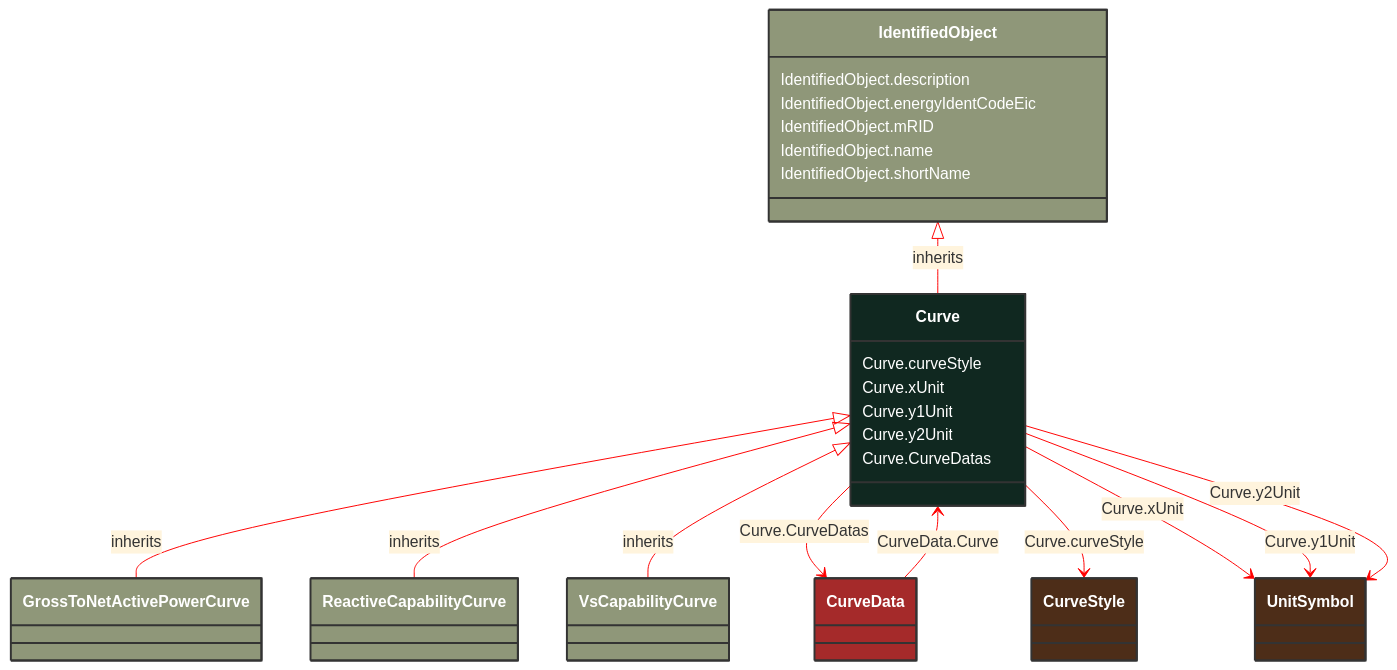
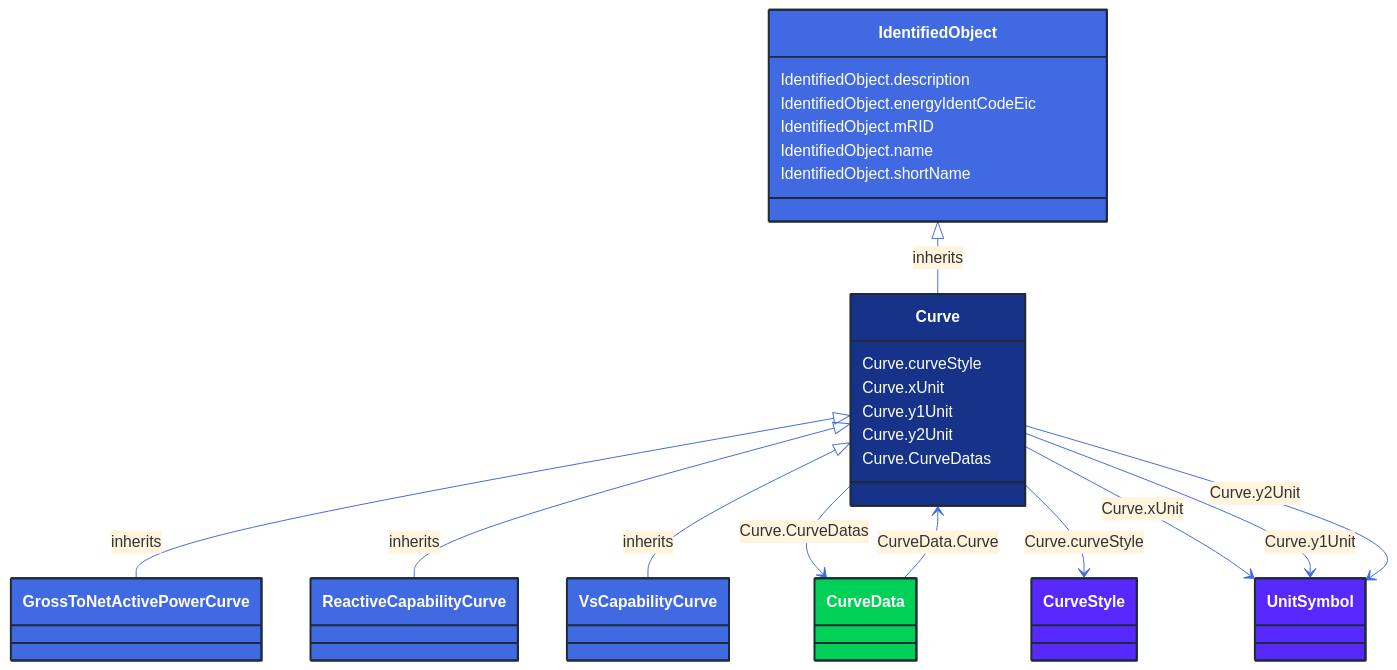
The diagram in docs/Models/Profiles/CoreEquipment/AbstractClasses/Curve.md (3lbits/NoCIMExtensions), drawn with Mermaid before and after one commit. The commit also changed 362 other files, not shown here.

First line of the commit message:
Update diagrams and styles for improved visual consistency

````diff
--- a/docs/Models/Profiles/CoreEquipment/AbstractClasses/Curve.md
+++ b/docs/Models/Profiles/CoreEquipment/AbstractClasses/Curve.md
@@ -10,73 +10,73 @@
 ```mermaid
-%%{init: {'theme':'base','themeVariables': {'lineColor': '#FF0000'}}}%%
+%%{init: {'theme':'base','themeVariables': {'lineColor': '#4169E1'}}}%%
 classDiagram
     class Curve
     click Curve href "/Models/Profiles/CoreEquipment/AbstractClasses/Curve/"
-    style Curve fill:#102820,stroke:#333,stroke-width:2px,rx:10,ry:10,color:white
+    style Curve fill:#163289,stroke:#1F2A37,stroke-width:2px,rx:10,ry:10,color:white
 
         Curve <|-- GrossToNetActivePowerCurve : inherits
 
         GrossToNetActivePowerCurve
             click GrossToNetActivePowerCurve href "/Models/Profiles/CoreEquipment/ConcreteClasses/GrossToNetActivePowerCurve/"
-            style GrossToNetActivePowerCurve fill:#8F9779,stroke:#333,stroke-width:2px,rx:10,ry:10,color:white
+            style GrossToNetActivePowerCurve fill:#4169E1,stroke:#1F2A37,stroke-width:2px,rx:10,ry:10,color:white
 
         Curve <|-- ReactiveCapabilityCurve : inherits
 
         ReactiveCapabilityCurve
             click ReactiveCapabilityCurve href "/Models/Profiles/CoreEquipment/ConcreteClasses/ReactiveCapabilityCurve/"
-            style ReactiveCapabilityCurve fill:#8F9779,stroke:#333,stroke-width:2px,rx:10,ry:10,color:white
+            style ReactiveCapabilityCurve fill:#4169E1,stroke:#1F2A37,stroke-width:2px,rx:10,ry:10,color:white
 
         Curve <|-- VsCapabilityCurve : inherits
 
         VsCapabilityCurve
             click VsCapabilityCurve href "/Models/Profiles/CoreEquipment/ConcreteClasses/VsCapabilityCurve/"
-            style VsCapabilityCurve fill:#8F9779,stroke:#333,stroke-width:2px,rx:10,ry:10,color:white
+            style VsCapabilityCurve fill:#4169E1,stroke:#1F2A37,stroke-width:2px,rx:10,ry:10,color:white
      
         IdentifiedObject <|-- Curve : inherits
             click IdentifiedObject href "/Models/Profiles/CoreEquipment/AbstractClasses/IdentifiedObject/"
-            style IdentifiedObject fill:#8F9779,stroke:#333,stroke-width:2px,rx:10,ry:10,color:white
+            style IdentifiedObject fill:#4169E1,stroke:#1F2A37,stroke-width:2px,rx:10,ry:10,color:white
 
         Curve --> CurveData : Curve.CurveDatas
 
         CurveData
             click CurveData href "/Models/Profiles/CoreEquipment/ConcreteClasses/CurveData/"
-            style CurveData fill:#A52A2A,stroke:#333,stroke-width:2px,rx:10,ry:10,color:white
+            style CurveData fill:#00D156,stroke:#1F2A37,stroke-width:2px,rx:10,ry:10,color:white
 
         CurveData --> Curve : CurveData.Curve
 
         CurveData
             click CurveData href "/Models/Profiles/CoreEquipment/ConcreteClasses/CurveData/"
-            style CurveData fill:#A52A2A,stroke:#333,stroke-width:2px,rx:10,ry:10,color:white
+            style CurveData fill:#00D156,stroke:#1F2A37,stroke-width:2px,rx:10,ry:10,color:white
 
         Curve --> CurveStyle : Curve.curveStyle
 
         CurveStyle
             click CurveStyle href "/Models/Profiles/CoreEquipment/Enumerations/CurveStyle/"
-            style CurveStyle fill:#4D2D18,stroke:#333,stroke-width:2px,rx:10,ry:10,color:white
+            style CurveStyle fill:#5729FF,stroke:#1F2A37,stroke-width:2px,rx:10,ry:10,color:white
         Curve --> UnitSymbol : Curve.xUnit
 
         UnitSymbol
             click UnitSymbol href "/Models/Profiles/CoreEquipment/Enumerations/UnitSymbol/"
-            style UnitSymbol fill:#4D2D18,stroke:#333,stroke-width:2px,rx:10,ry:10,color:white
+            style UnitSymbol fill:#5729FF,stroke:#1F2A37,stroke-width:2px,rx:10,ry:10,color:white
         Curve --> UnitSymbol : Curve.y1Unit
 
         UnitSymbol
             click UnitSymbol href "/Models/Profiles/CoreEquipment/Enumerations/UnitSymbol/"
-            style UnitSymbol fill:#4D2D18,stroke:#333,stroke-width:2px,rx:10,ry:10,color:white
+            style UnitSymbol fill:#5729FF,stroke:#1F2A37,stroke-width:2px,rx:10,ry:10,color:white
         Curve --> UnitSymbol : Curve.y2Unit
 
         UnitSymbol
             click UnitSymbol href "/Models/Profiles/CoreEquipment/Enumerations/UnitSymbol/"
-            style UnitSymbol fill:#4D2D18,stroke:#333,stroke-width:2px,rx:10,ry:10,color:white
+            style UnitSymbol fill:#5729FF,stroke:#1F2A37,stroke-width:2px,rx:10,ry:10,color:white
 
         Curve : Curve.curveStyle
         Curve : Curve.xUnit
         Curve : Curve.y1Unit
         Curve : Curve.y2Unit
         Curve : Curve.CurveDatas
         IdentifiedObject : IdentifiedObject.description
         IdentifiedObject : IdentifiedObject.energyIdentCodeEic
         IdentifiedObject : IdentifiedObject.mRID
         IdentifiedObject : IdentifiedObject.name
         IdentifiedObject : IdentifiedObject.shortName
 ```
````
